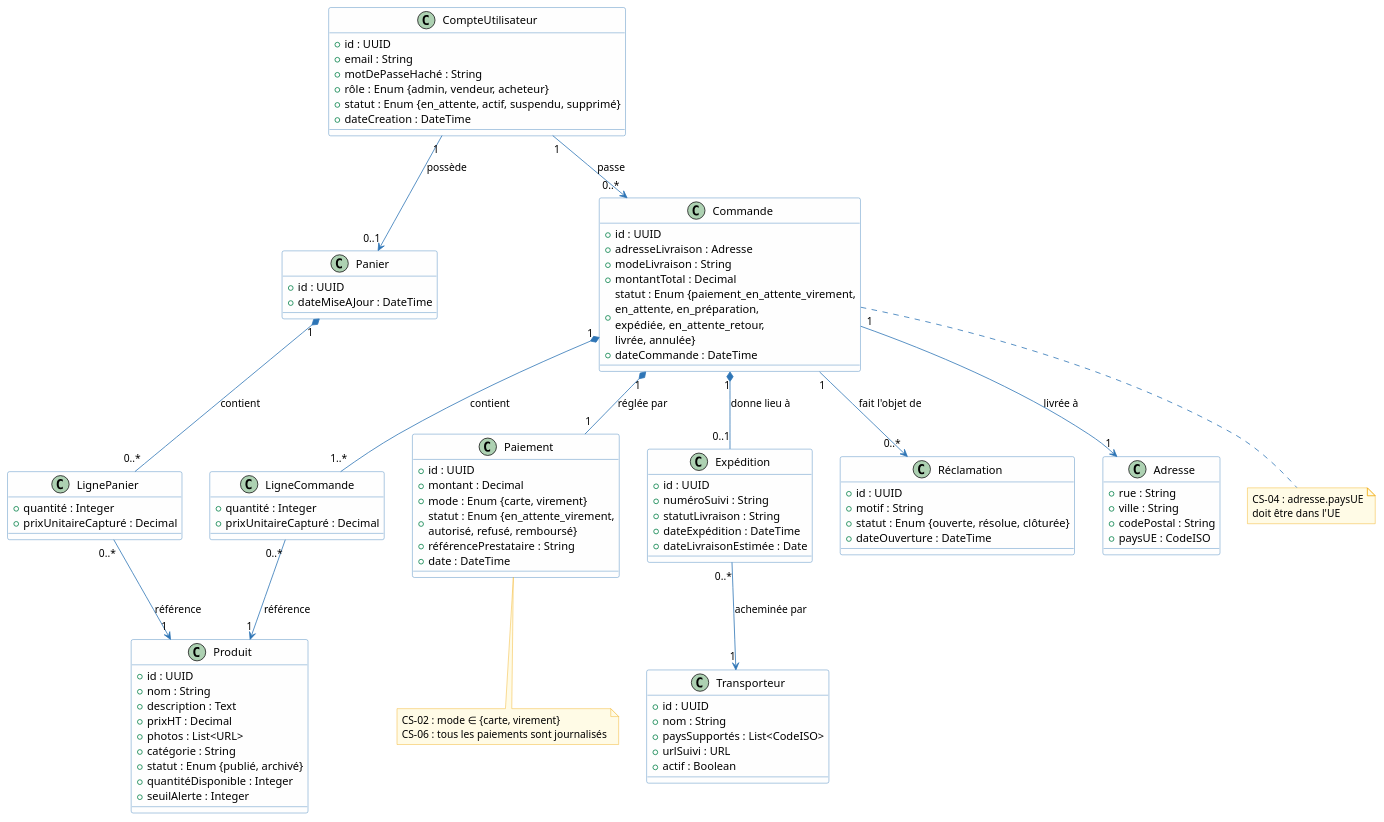
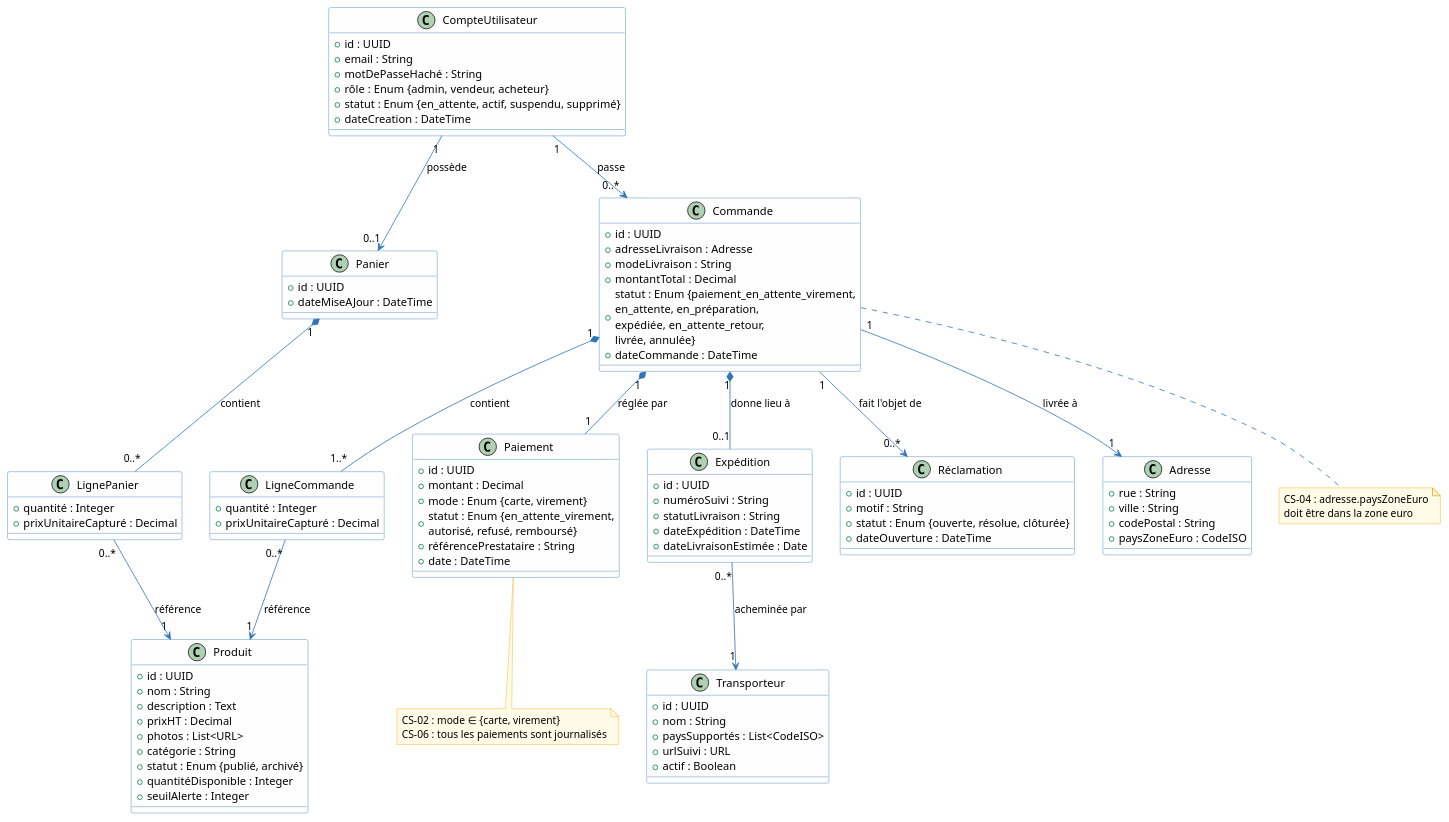
One commit to louistalvande/online_shop changed the fourth of 5 diagrams in architecture/02-system-analysis/sa.adoc. Above: the diagram before and after it, drawn with PlantUML. The commit also changed other lines of this file and 20 other files, not shown here.

Commit message:
deliver to euro zone only

```diff
--- a/architecture/02-system-analysis/sa.adoc
+++ b/architecture/02-system-analysis/sa.adoc
@@ -1142,7 +1142,7 @@
   + rue : String
   + ville : String
   + codePostal : String
-  + paysUE : CodeISO
+  + paysZoneEuro : CodeISO
 }
 
 CompteUtilisateur "1" --> "0..1" Panier : possède
@@ -1158,8 +1158,8 @@
 Expédition "0..*" --> "1" Transporteur : acheminée par
 
 note bottom of Commande
-  CS-04 : adresse.paysUE
-  doit être dans l'UE
+  CS-04 : adresse.paysZoneEuro
+  doit être dans la zone euro
 end note
 
 note bottom of Paiement
```
